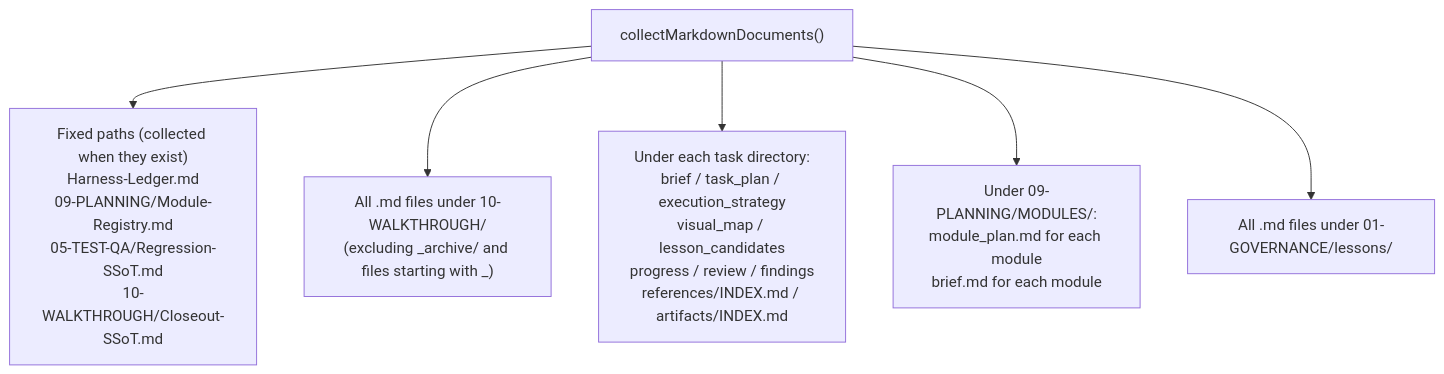
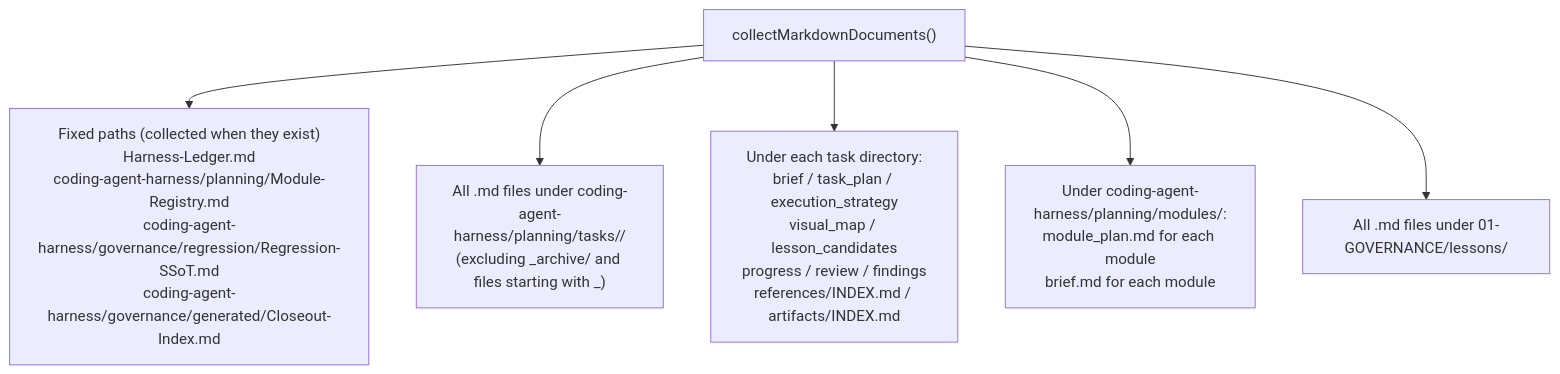
One commit to FairladyZ625/coding-agent-harness changed the sixth of 7 diagrams in docs-release/architecture/system-explainer/en-US/05-data-flow.md. Above: the diagram before and after it, drawn with Mermaid. The commit also changed other lines of this file and 120 other files, not shown here.

````diff
--- a/docs-release/architecture/system-explainer/en-US/05-data-flow.md
+++ b/docs-release/architecture/system-explainer/en-US/05-data-flow.md
@@ -154,14 +154,14 @@
 ```mermaid
 flowchart TD
   Collect["collectMarkdownDocuments()"]
 
-  Collect --> Fixed["Fixed paths (collected when they exist)\nHarness-Ledger.md\n09-PLANNING/Module-Registry.md\n05-TEST-QA/Regression-SSoT.md\n10-WALKTHROUGH/Closeout-SSoT.md"]
+  Collect --> Fixed["Fixed paths (collected when they exist)\nHarness-Ledger.md\ncoding-agent-harness/planning/Module-Registry.md\ncoding-agent-harness/governance/regression/Regression-SSoT.md\ncoding-agent-harness/governance/generated/Closeout-Index.md"]
 
-  Collect --> Walkthrough["All .md files under 10-WALKTHROUGH/\n(excluding _archive/ and files starting with _)"]
+  Collect --> Walkthrough["All .md files under coding-agent-harness/planning/tasks/<task>/\n(excluding _archive/ and files starting with _)"]
 
   Collect --> TaskDocs["Under each task directory:\nbrief / task_plan / execution_strategy\nvisual_map / lesson_candidates\nprogress / review / findings\nreferences/INDEX.md / artifacts/INDEX.md"]
 
-  Collect --> ModuleDocs["Under 09-PLANNING/MODULES/:\nmodule_plan.md for each module\nbrief.md for each module"]
+  Collect --> ModuleDocs["Under coding-agent-harness/planning/modules/:\nmodule_plan.md for each module\nbrief.md for each module"]
 
   Collect --> Lessons["All .md files under 01-GOVERNANCE/lessons/"]
 ```
````
